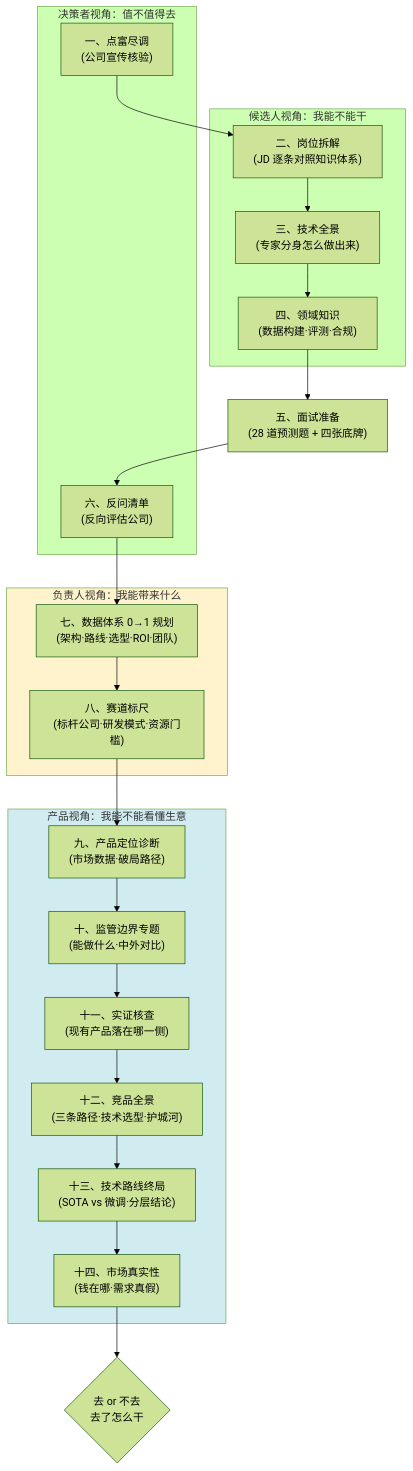
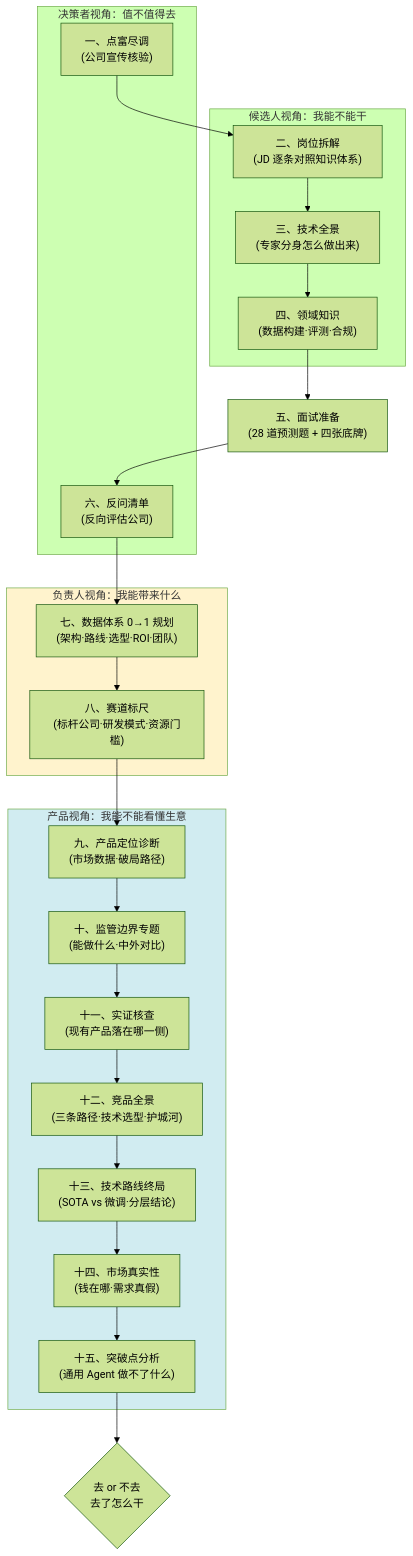
The first of 31 diagrams in part7-ai-engineering/12-案例-点富科技大模型数据评测岗.md (LiPingjiang/Full-Stack-Knowledge-Book), drawn with Mermaid (forest theme) before and after one commit. The commit also changed other lines of this file and 2 other files, not shown here.

First line of the commit message:
docs(part7): 7.12 新增第十五部分——突破点分析：通用 Agent 做不了什么

````diff
--- a/part7-ai-engineering/12-案例-点富科技大模型数据评测岗.md
+++ b/part7-ai-engineering/12-案例-点富科技大模型数据评测岗.md
@@ -32,31 +32,32 @@
 ```mermaid
 flowchart TD
     subgraph S1["候选人视角：我能不能干"]
         B["二、岗位拆解<br/>(JD 逐条对照知识体系)"]
         C["三、技术全景<br/>(专家分身怎么做出来)"]
         D["四、领域知识<br/>(数据构建·评测·合规)"]
     end
     subgraph S2["决策者视角：值不值得去"]
         A["一、点富尽调<br/>(公司宣传核验)"]
         F["六、反问清单<br/>(反向评估公司)"]
     end
     subgraph S3["负责人视角：我能带来什么"]
         G["七、数据体系 0→1 规划<br/>(架构·路线·选型·ROI·团队)"]
         I["八、赛道标尺<br/>(标杆公司·研发模式·资源门槛)"]
     end
     subgraph S4["产品视角：我能不能看懂生意"]
         J["九、产品定位诊断<br/>(市场数据·破局路径)"]
         K["十、监管边界专题<br/>(能做什么·中外对比)"]
         L["十一、实证核查<br/>(现有产品落在哪一侧)"]
         M["十二、竞品全景<br/>(三条路径·技术选型·护城河)"]
         N["十三、技术路线终局<br/>(SOTA vs 微调·分层结论)"]
         O["十四、市场真实性<br/>(钱在哪·需求真假)"]
+        P["十五、突破点分析<br/>(通用 Agent 做不了什么)"]
     end
 
     A --> B --> C --> D --> E["五、面试准备<br/>(28 道预测题 + 四张底牌)"]
-    E --> F --> G --> I --> J --> K --> L --> M --> N --> O
-    O --> H{"去 or 不去<br/>去了怎么干"}
+    E --> F --> G --> I --> J --> K --> L --> M --> N --> O --> P
+    P --> H{"去 or 不去<br/>去了怎么干"}
 
     style S3 fill:#fff3cd
     style S4 fill:#d1ecf1
 ```
````
